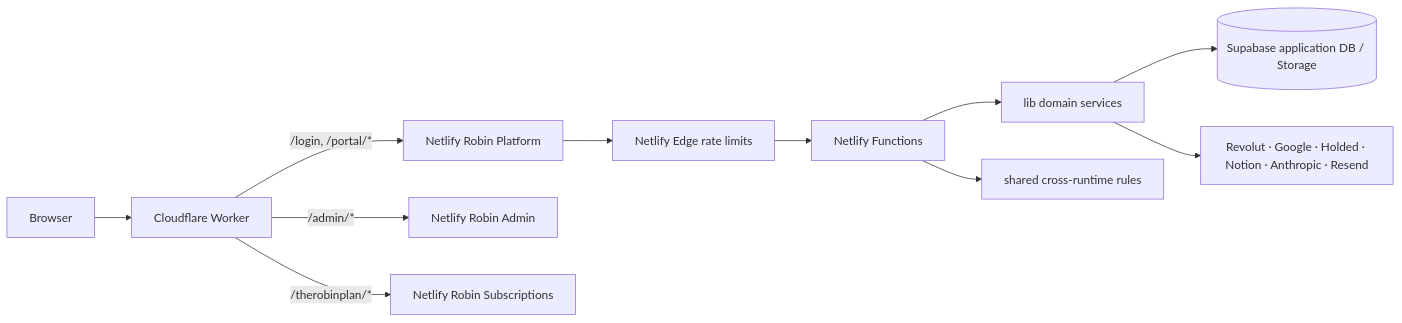
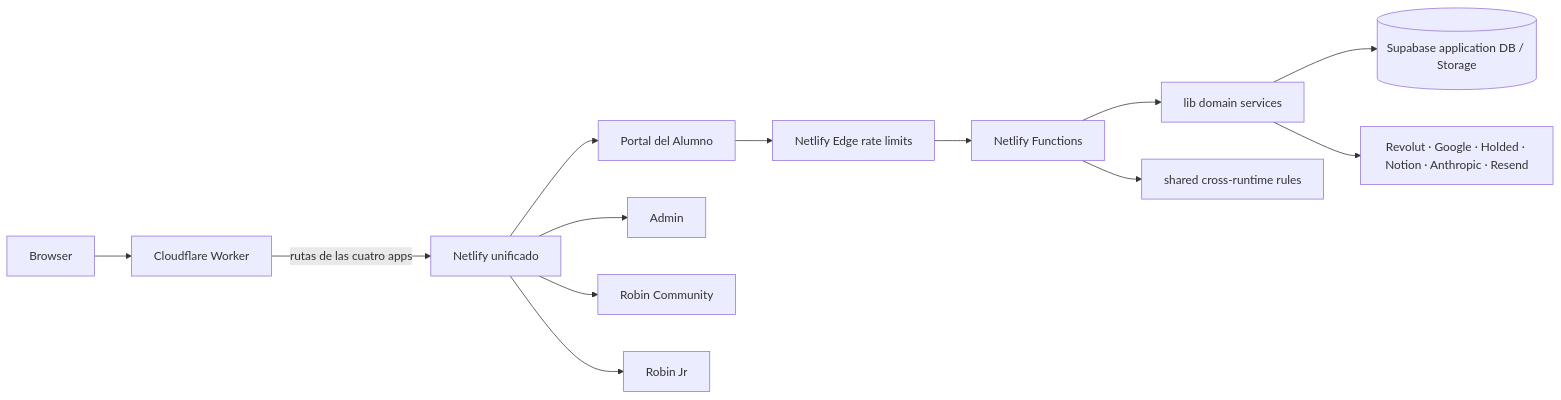
The diagram in apps/portal/READMELONG.md (saantimartinn/RobinPortals), drawn with Mermaid before and after one commit. The commit also changed other lines of this file and 252 other files, not shown here.

````diff
--- a/apps/portal/READMELONG.md
+++ b/apps/portal/READMELONG.md
@@ -15,13 +20,15 @@
 ```mermaid
 flowchart LR
   Browser --> CF[Cloudflare Worker]
-  CF -->|/login, /portal/*| Platform[Netlify Robin Platform]
-  CF -->|/admin/*| Admin[Netlify Robin Admin]
-  CF -->|/therobinplan/*| Subs[Netlify Robin Subscriptions]
+  CF -->|rutas de las cuatro apps| Site[Netlify unificado]
+  Site --> Platform[Portal del Alumno]
+  Site --> Admin[Admin]
+  Site --> Subs[Robin Community]
+  Site --> Jr[Robin Jr]
   Platform --> Edge[Netlify Edge rate limits]
   Edge --> Functions[Netlify Functions]
   Functions --> Lib[lib domain services]
   Functions --> Shared[shared cross-runtime rules]
   Lib --> DB[(Supabase application DB / Storage)]
   Lib --> Providers[Revolut · Google · Holded · Notion · Anthropic · Resend]
 ```
````
